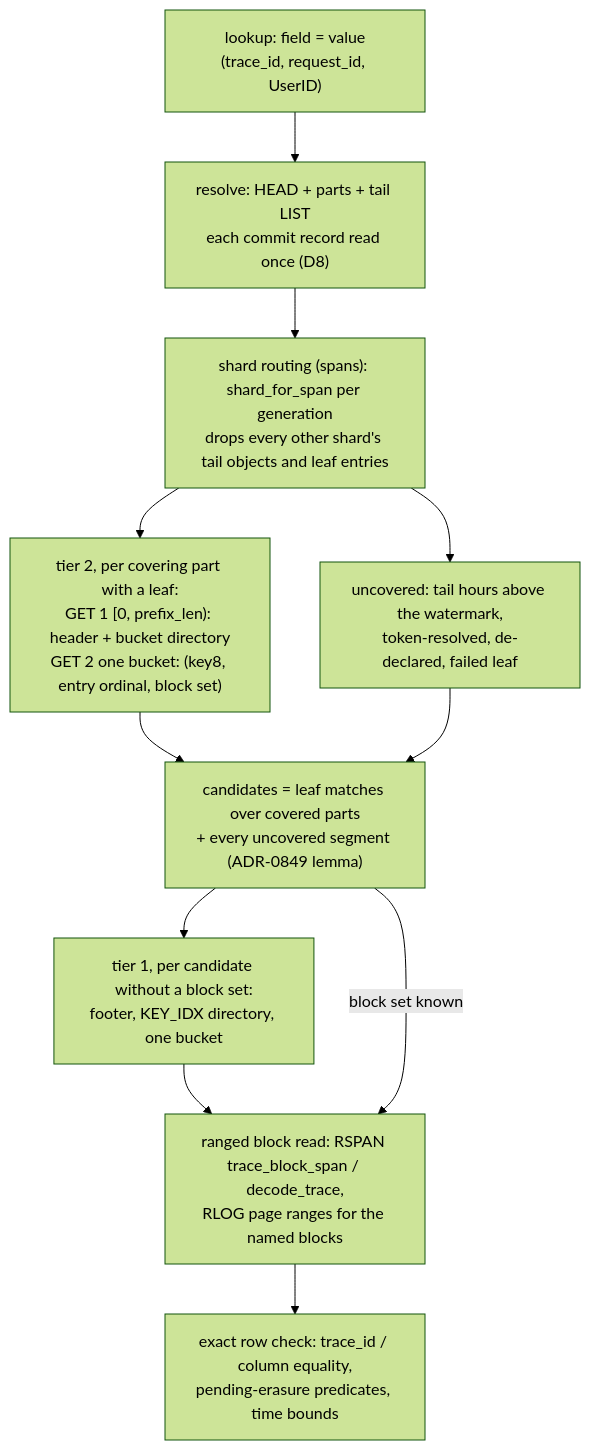
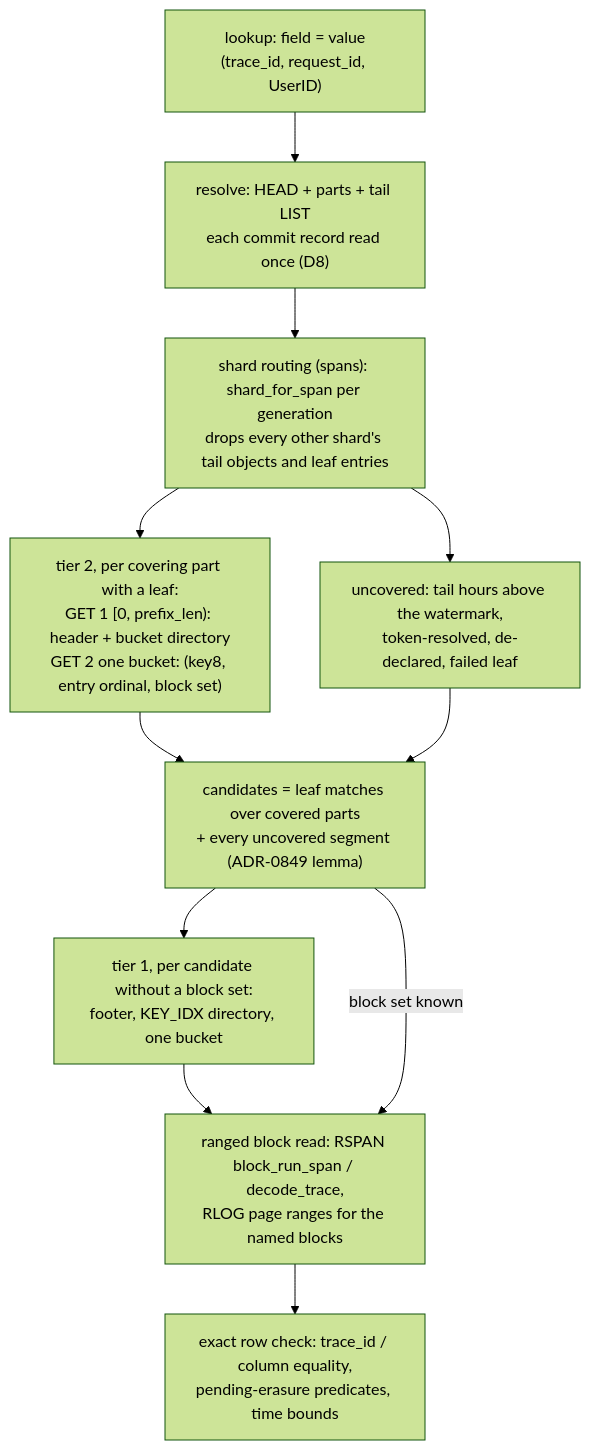
The first of 2 diagrams in docs/adrs/2707-exact-key-index-for-spans-and-logs.md (NOFireAI/ravel), drawn with Mermaid (forest theme) before and after one commit. The commit also changed other lines of this file and 1 other file, not shown here.

````diff
--- a/docs/adrs/2707-exact-key-index-for-spans-and-logs.md
+++ b/docs/adrs/2707-exact-key-index-for-spans-and-logs.md
@@ -120,13 +120,13 @@
 ```mermaid
 flowchart TD
   Q["lookup: field = value<br/>(trace_id, request_id, UserID)"] --> R["resolve: HEAD + parts + tail LIST<br/>each commit record read once (D8)"]
   R --> S["shard routing (spans): shard_for_span per generation<br/>drops every other shard's tail objects and leaf entries"]
   S --> L2["tier 2, per covering part with a leaf:<br/>GET 1 [0, prefix_len): header + bucket directory<br/>GET 2 one bucket: (key8, entry ordinal, block set)"]
   S --> T["uncovered: tail hours above the watermark,<br/>token-resolved, de-declared, failed leaf"]
   L2 --> C["candidates = leaf matches over covered parts<br/>+ every uncovered segment (ADR-0849 lemma)"]
   T --> C
   C --> L1["tier 1, per candidate without a block set:<br/>footer, KEY_IDX directory, one bucket"]
-  L1 --> B["ranged block read: RSPAN trace_block_span / decode_trace,<br/>RLOG page ranges for the named blocks"]
+  L1 --> B["ranged block read: RSPAN block_run_span / decode_trace,<br/>RLOG page ranges for the named blocks"]
   C -->|block set known| B
   B --> X["exact row check: trace_id / column equality,<br/>pending-erasure predicates, time bounds"]
 ```
````
